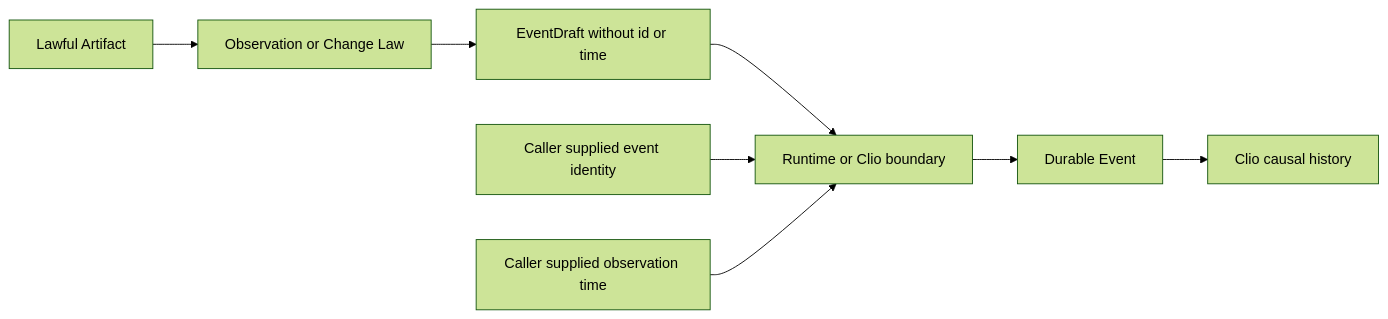
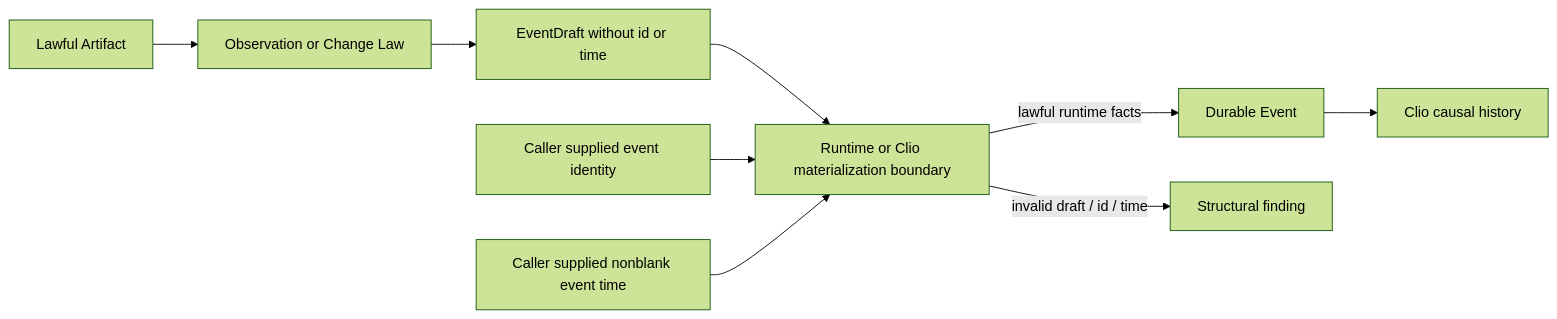
Before and after one commit to open-hax/foresight: the diagram in docs/architecture/workflows/artifact-event-draft.mmd, drawn with Mermaid (forest theme).

Commit message:
docs(alpha): show materialization failure boundary

```diff
--- a/docs/architecture/workflows/artifact-event-draft.mmd
+++ b/docs/architecture/workflows/artifact-event-draft.mmd
@@ -1,8 +1,9 @@
 flowchart LR
   A[Lawful Artifact] --> O[Observation or Change Law]
   O --> D[EventDraft without id or time]
-  D --> R[Runtime or Clio boundary]
+  D --> R[Runtime or Clio materialization boundary]
   I[Caller supplied event identity] --> R
-  T[Caller supplied observation time] --> R
-  R --> E[Durable Event]
+  T[Caller supplied nonblank event time] --> R
+  R -->|lawful runtime facts| E[Durable Event]
+  R -->|invalid draft / id / time| F[Structural finding]
   E --> C[Clio causal history]
```
